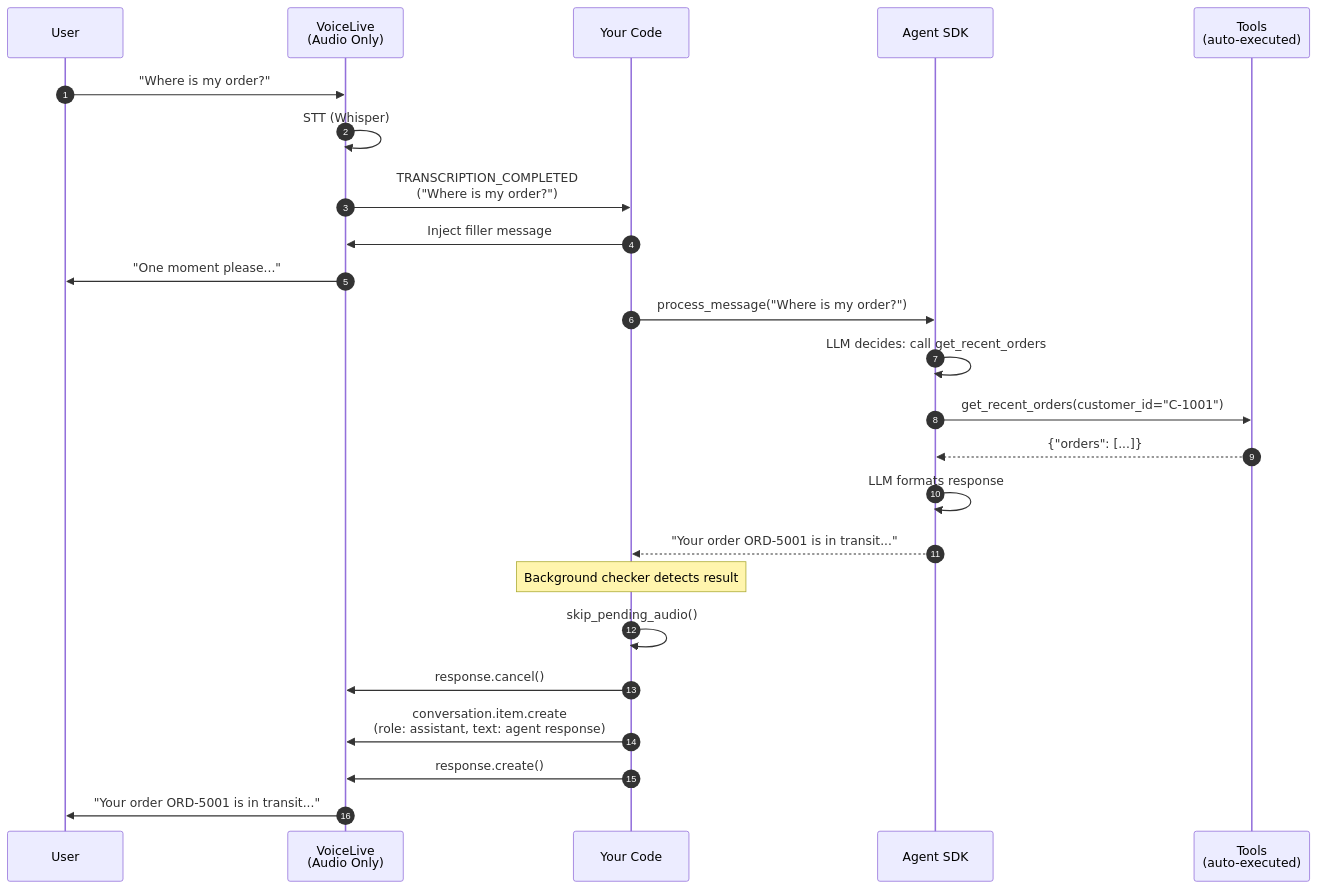
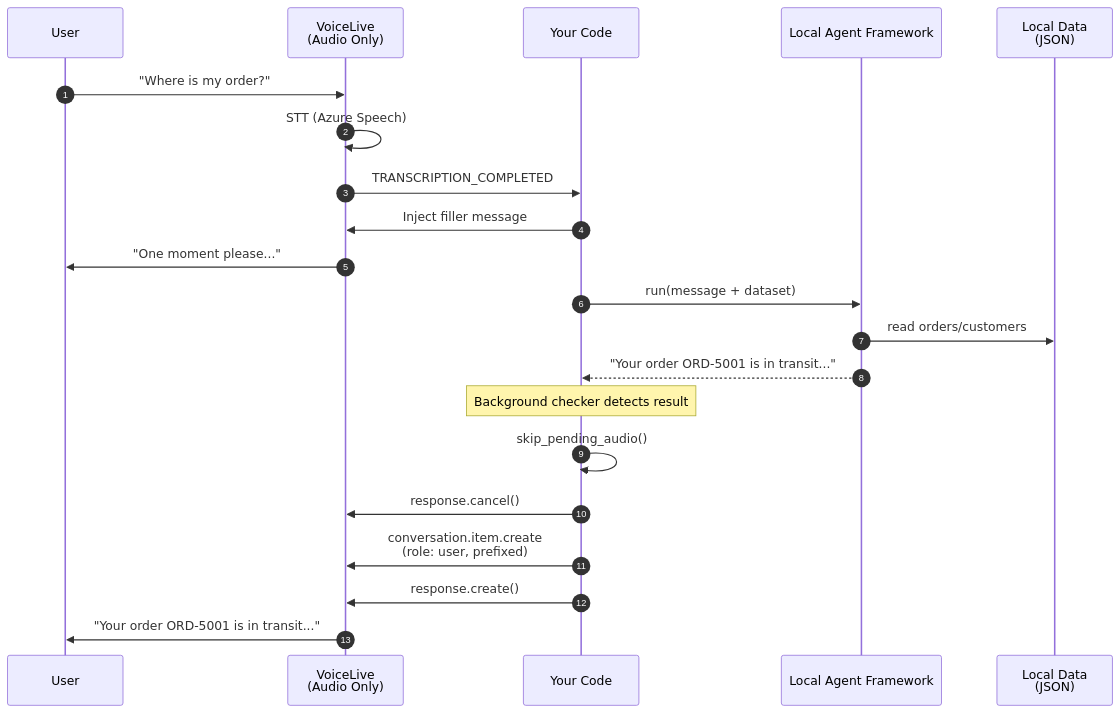
Before and after one commit to DittmannAxel/AgenticWorkshopFeb26: the diagram in voiceAgentAgentic/02_agent_tools/README.md, drawn with Mermaid. The commit also changed other lines of this file and 5 other files, not shown here.

Commit message:
Switch 02_agent_tools to local Agent Framework

````diff
--- a/voiceAgentAgentic/02_agent_tools/README.md
+++ b/voiceAgentAgentic/02_agent_tools/README.md
@@ -11,31 +11,28 @@
 ```mermaid
 sequenceDiagram
     autonumber
     participant U as User
     participant VL as VoiceLive<br/>(Audio Only)
     participant Code as Your Code
-    participant Agent as Agent SDK
-    participant Tools as Tools<br/>(auto-executed)
+    participant Agent as Local Agent Framework
+    participant Data as Local Data<br/>(JSON)
 
     U->>VL: "Where is my order?"
-    VL->>VL: STT (Whisper)
-    VL->>Code: TRANSCRIPTION_COMPLETED<br/>("Where is my order?")
+    VL->>VL: STT (Azure Speech)
+    VL->>Code: TRANSCRIPTION_COMPLETED
 
     Code->>VL: Inject filler message
     VL->>U: "One moment please..."
 
-    Code->>Agent: process_message("Where is my order?")
-    Agent->>Agent: LLM decides: call get_recent_orders
-    Agent->>Tools: get_recent_orders(customer_id="C-1001")
-    Tools-->>Agent: {"orders": [...]}
-    Agent->>Agent: LLM formats response
+    Code->>Agent: run(message + dataset)
+    Agent->>Data: read orders/customers
     Agent-->>Code: "Your order ORD-5001 is in transit..."
 
     Note over Code: Background checker detects result
 
     Code->>Code: skip_pending_audio()
     Code->>VL: response.cancel()
-    Code->>VL: conversation.item.create<br/>(role: assistant, text: agent response)
+    Code->>VL: conversation.item.create<br/>(role: user, prefixed)
     Code->>VL: response.create()
     VL->>U: "Your order ORD-5001 is in transit..."
 ```
````
